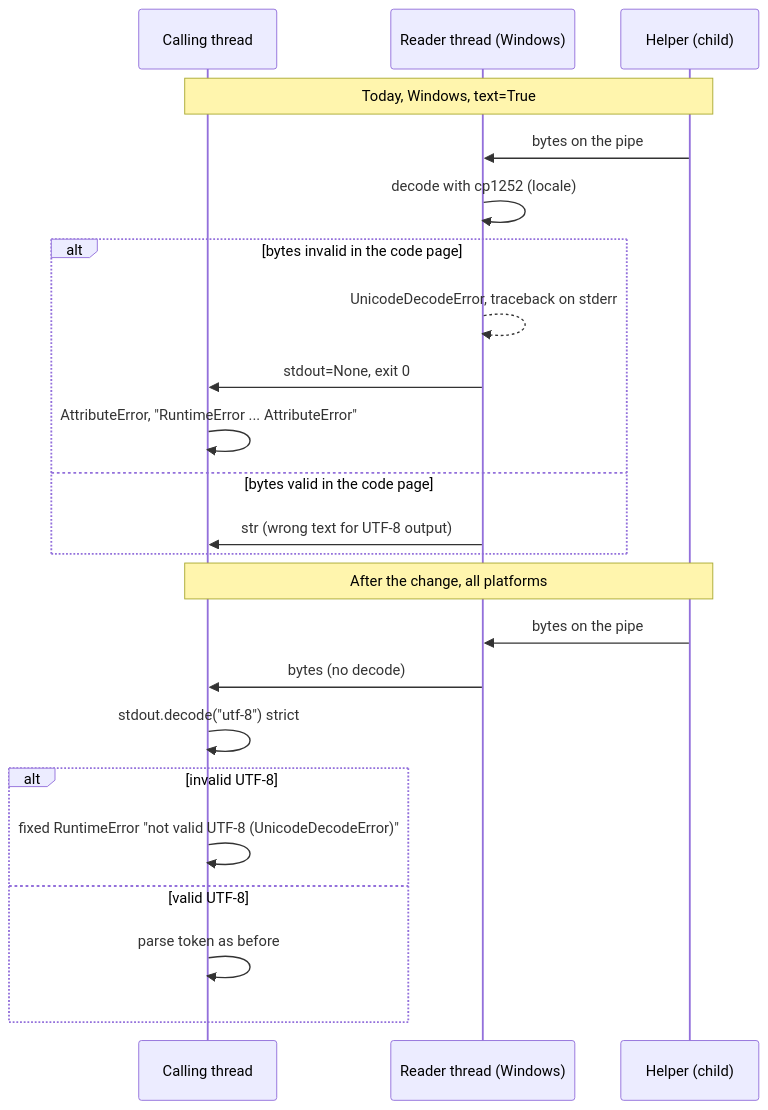
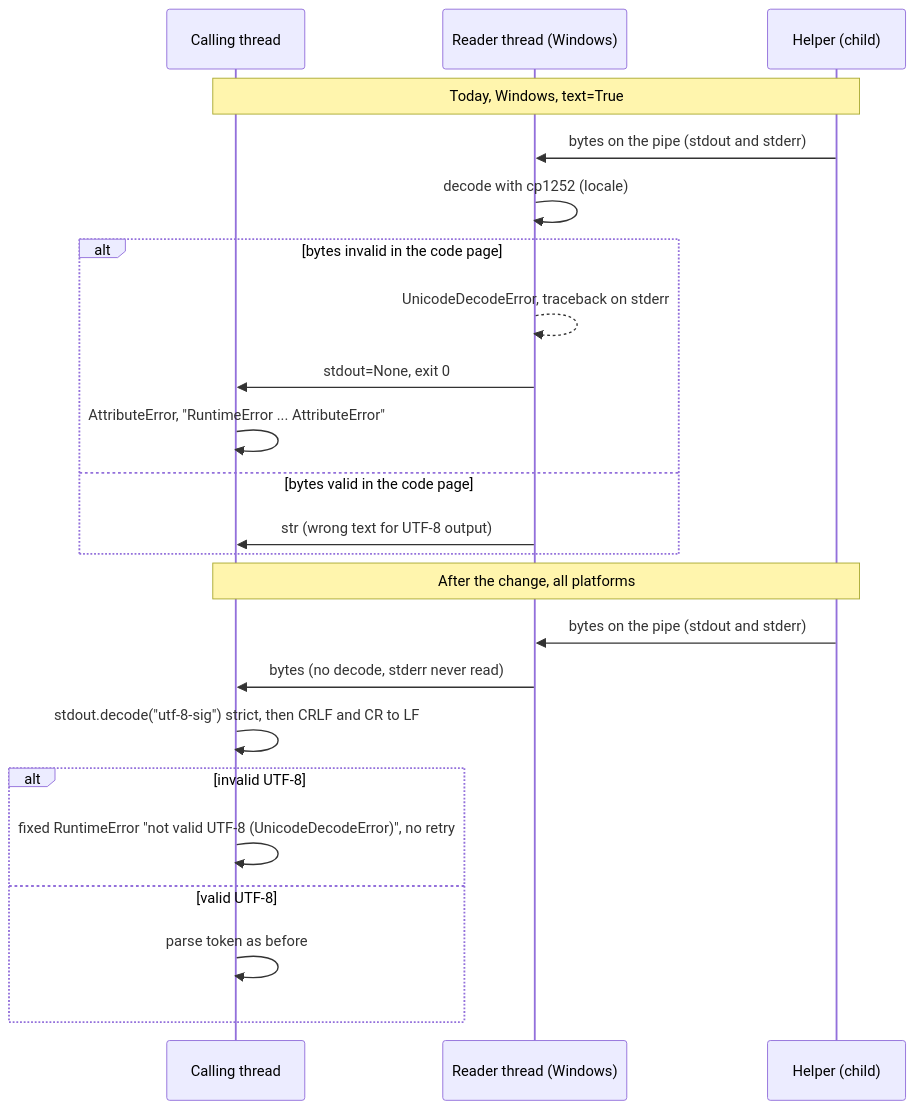
The diagram in docs/design/credentials-helper-utf8-decode.md (DataDog/airedale), drawn with Mermaid before and after one commit. The commit also changed other lines of this file, not shown here.

````diff
--- a/docs/design/credentials-helper-utf8-decode.md
+++ b/docs/design/credentials-helper-utf8-decode.md
@@ -50,25 +65,25 @@
 ```mermaid
 sequenceDiagram
     participant C as Calling thread
     participant R as Reader thread (Windows)
     participant H as Helper (child)
     Note over C,H: Today, Windows, text=True
-    H->>R: bytes on the pipe
+    H->>R: bytes on the pipe (stdout and stderr)
     R->>R: decode with cp1252 (locale)
     alt bytes invalid in the code page
         R-->>R: UnicodeDecodeError, traceback on stderr
         R->>C: stdout=None, exit 0
         C->>C: AttributeError, "RuntimeError ... AttributeError"
     else bytes valid in the code page
         R->>C: str (wrong text for UTF-8 output)
     end
     Note over C,H: After the change, all platforms
-    H->>R: bytes on the pipe
-    R->>C: bytes (no decode)
-    C->>C: stdout.decode("utf-8") strict
+    H->>R: bytes on the pipe (stdout and stderr)
+    R->>C: bytes (no decode, stderr never read)
+    C->>C: stdout.decode("utf-8-sig") strict, then CRLF and CR to LF
     alt invalid UTF-8
-        C->>C: fixed RuntimeError "not valid UTF-8 (UnicodeDecodeError)"
+        C->>C: fixed RuntimeError "not valid UTF-8 (UnicodeDecodeError)", no retry
     else valid UTF-8
         C->>C: parse token as before
     end
 ```
````
